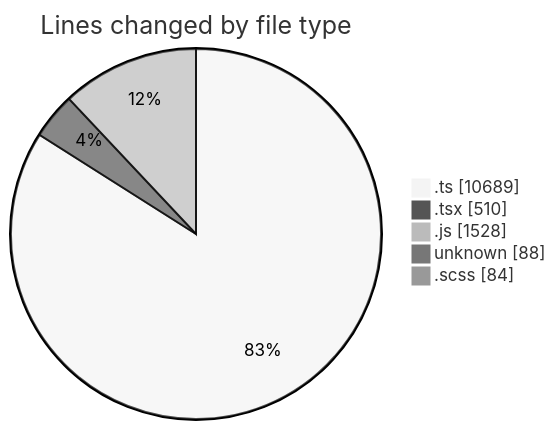
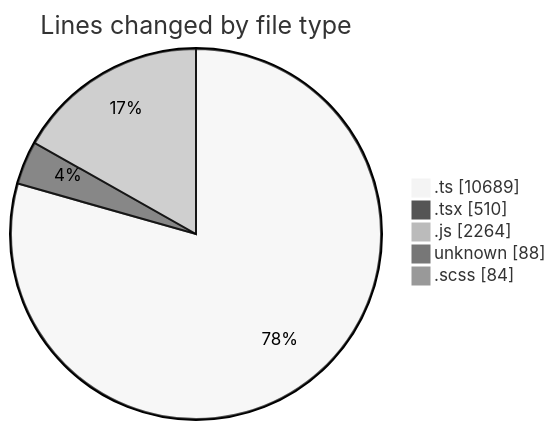
One commit to momahboobian/code-tracking changed the first of 2 diagrams in 2026-03-11/cda/README.md. Above: the diagram before and after it, drawn with Mermaid (neutral theme). The commit also changed other lines of this file and 1 other file, not shown here.

````diff
--- a/2026-03-11/cda/README.md
+++ b/2026-03-11/cda/README.md
@@ -37,9 +38,9 @@
 ```mermaid
 pie showData
 title Lines changed by file type
 ".ts" : 10689
 ".tsx" : 510
-".js" : 1528
+".js" : 2264
 "unknown" : 88
 ".scss" : 84
 ```
````
